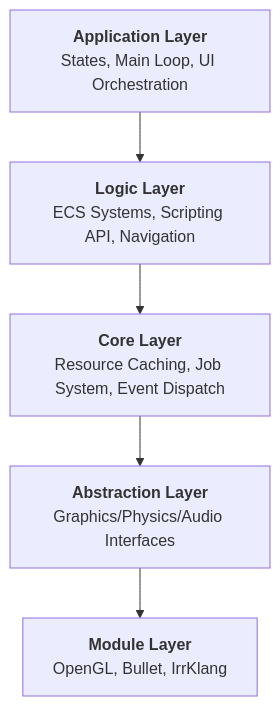
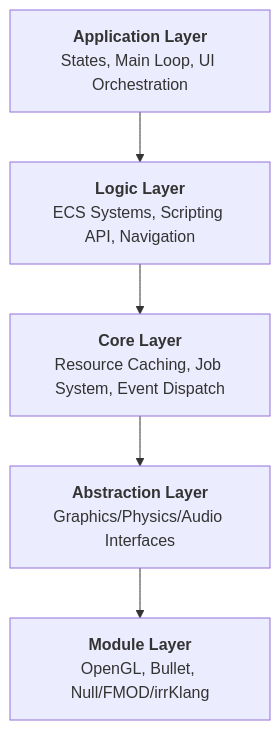
The diagram in docs/core/architecture.md (ItsK4tune/AxisEngine), drawn with Mermaid before and after one commit. The commit also changed other lines of this file and 400 other files, not shown here.

````diff
--- a/docs/core/architecture.md
+++ b/docs/core/architecture.md
@@ -20,8 +20,8 @@
 ```mermaid
 graph TD
     A[<b>Application Layer</b><br/>States, Main Loop, UI Orchestration] --> B
     B[<b>Logic Layer</b><br/>ECS Systems, Scripting API, Navigation] --> C
     C[<b>Core Layer</b><br/>Resource Caching, Job System, Event Dispatch] --> D
     D[<b>Abstraction Layer</b><br/>Graphics/Physics/Audio Interfaces] --> E
-    E[<b>Module Layer</b><br/>OpenGL, Bullet, IrrKlang]
+    E[<b>Module Layer</b><br/>OpenGL, Bullet, Null/FMOD/irrKlang]
 ```
````
